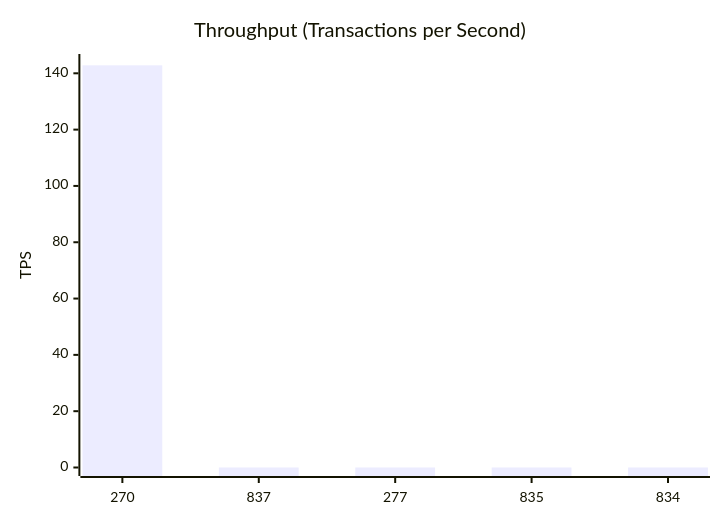
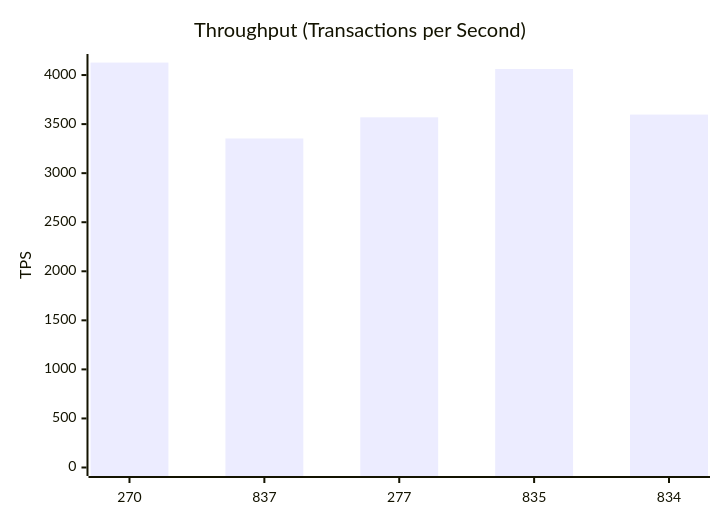
The second of 10 diagrams in test-tools/DataGen/src/Statistics_Visualizer.md (dhagan-va/intern-2025), drawn with Mermaid before and after one commit. The commit also changed other lines of this file and 4 other files, not shown here.

````diff
--- a/test-tools/DataGen/src/Statistics_Visualizer.md
+++ b/test-tools/DataGen/src/Statistics_Visualizer.md
@@ -30,7 +30,7 @@
 ```mermaid
 xychart-beta
     title "Throughput (Transactions per Second)"
     x-axis ["270", "837", "277", "835", "834"]
-    y-axis "TPS" 0 --> 143.836737608913
-    bar [142.836737608913, 0.0, 0.0, 0.0, 0.0]
+    y-axis "TPS" 0 --> 4127.9584481315605
+    bar [4126.9584481315605, 3353.4540576794097, 3568.8793718772304, 4061.7384240454912, 3597.1248900179066]
 ```
````
